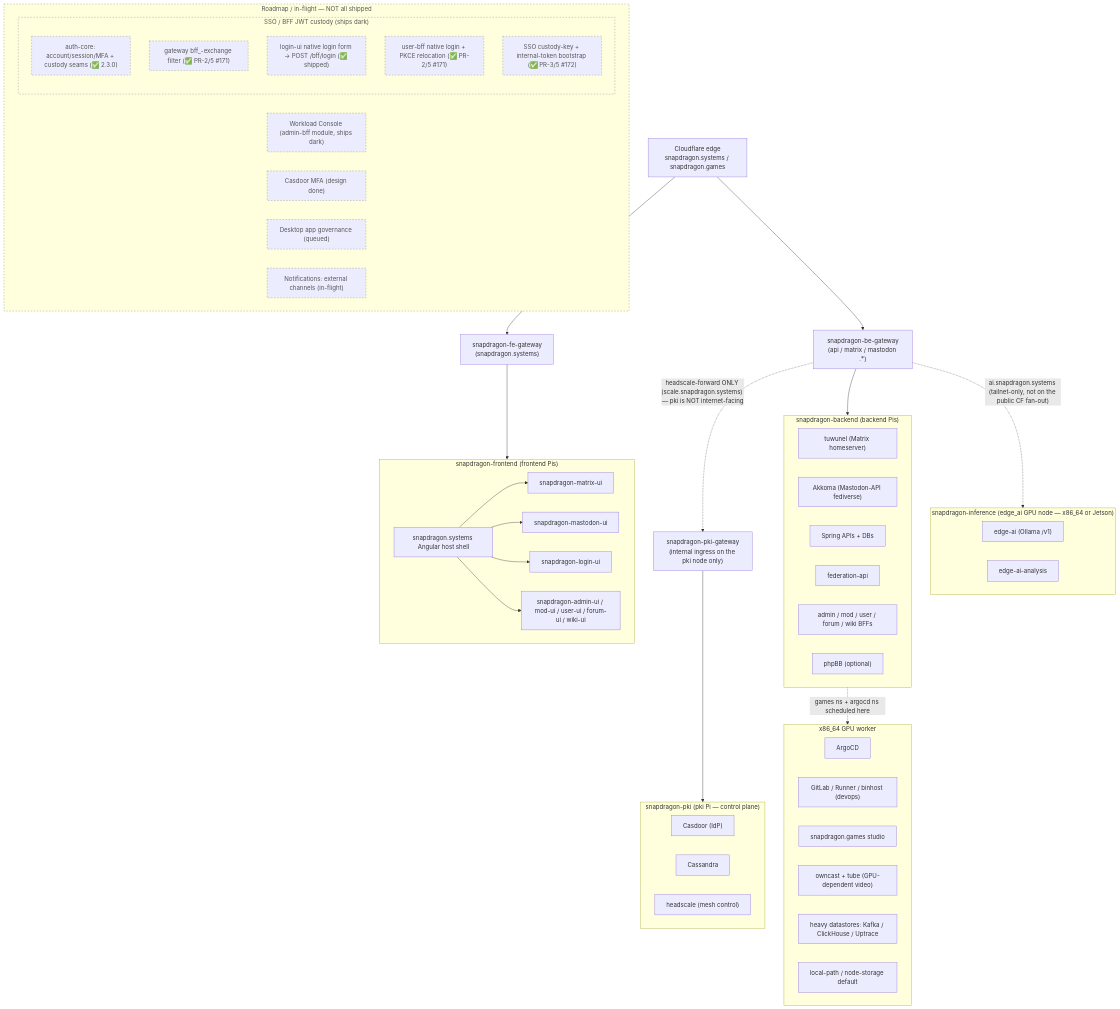
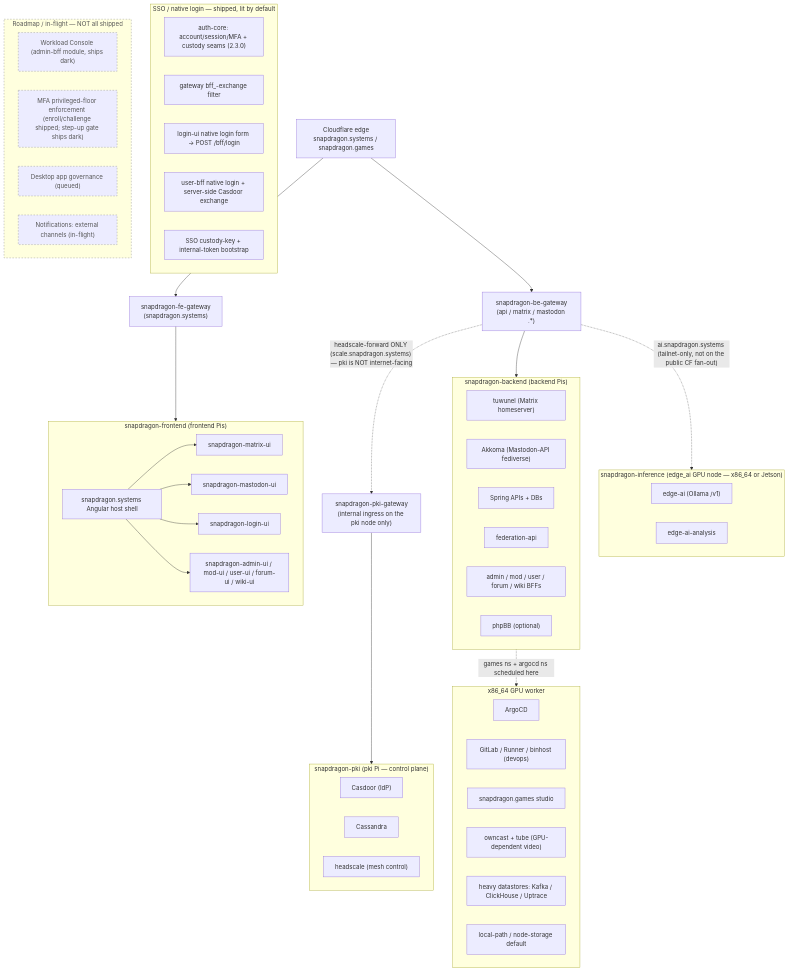
The first of 2 diagrams in docs/ARCHITECTURE.md (hugmesh/hugmesh-generator), drawn with Mermaid before and after one commit. The commit also changed other lines of this file and 9 other files, not shown here.

First line of the commit message:
docs: comprehensive refresh (README/status/diagrams/TODOs) + dead code cleanup (#369)

````diff
--- a/docs/ARCHITECTURE.md
+++ b/docs/ARCHITECTURE.md
@@ -25,67 +25,68 @@
 ```mermaid
 flowchart TD
     CF["Cloudflare edge<br/>snapdragon.systems / snapdragon.games"]
     CF --> FEGW["snapdragon-fe-gateway<br/>(snapdragon.systems)"]
     CF --> BEGW["snapdragon-be-gateway<br/>(api / matrix / mastodon .*)"]
 
     subgraph FE["snapdragon-frontend (frontend Pis)"]
         HOST["snapdragon.systems Angular host shell"]
         HOST --> MUI["snapdragon-matrix-ui"]
         HOST --> MASTUI["snapdragon-mastodon-ui"]
         HOST --> LOGINUI["snapdragon-login-ui"]
         HOST --> ADMINUI["snapdragon-admin-ui / mod-ui / user-ui / forum-ui / wiki-ui"]
     end
 
     subgraph BE["snapdragon-backend (backend Pis)"]
         TUW["tuwunel (Matrix homeserver)"]
         AKK["Akkoma (Mastodon-API fediverse)"]
         APIS["Spring APIs + DBs"]
         FEDAPI["federation-api"]
         BFFS["admin / mod / user / forum / wiki BFFs"]
         PHPBB["phpBB (optional)"]
     end
 
     subgraph PKI["snapdragon-pki (pki Pi — control plane)"]
         CAS["Casdoor (IdP)"]
         CASS["Cassandra"]
         HS["headscale (mesh control)"]
     end
 
     subgraph INFER["snapdragon-inference (edge_ai GPU node — x86_64 or Jetson)"]
         EDGEAI["edge-ai (Ollama /v1)"]
         EDGEAIAN["edge-ai-analysis"]
     end
 
     subgraph X86["x86_64 GPU worker"]
         ARGO["ArgoCD"]
         DEVOPS["GitLab / Runner / binhost (devops)"]
         GAMES["snapdragon.games studio"]
         VIDEO["owncast + tube (GPU-dependent video)"]
         HEAVY["heavy datastores: Kafka / ClickHouse / Uptrace"]
         STORE["local-path / node-storage default"]
     end
 
     FEGW --> FE
     BEGW --> BE
     BE -. "games ns + argocd ns scheduled here" .-> X86
     BEGW -. "ai.snapdragon.systems (tailnet-only, not on the public CF fan-out)" .-> INFER
     BEGW -. "headscale-forward ONLY (scale.snapdragon.systems) — pki is NOT internet-facing" .-> PKIGW["snapdragon-pki-gateway<br/>(internal ingress on the pki node only)"]
     PKIGW --> PKI
 
+    subgraph SSO["SSO / native login — shipped, lit by default"]
+        AUTHCORE["auth-core: account/session/MFA + custody seams (2.3.0)"]
+        GWEXCH["gateway bff_-exchange filter"]
+        LOGINOIDC["login-ui native login form -> POST /bff/login"]
+        UBRELOC["user-bff native login + server-side Casdoor exchange"]
+        CUSTKEY["SSO custody-key + internal-token bootstrap"]
+    end
+
     subgraph ROADMAP["Roadmap / in-flight — NOT all shipped"]
         WC["Workload Console (admin-bff module, ships dark)"]
-        MFA["Casdoor MFA (design done)"]
+        MFA["MFA privileged-floor enforcement (enroll/challenge shipped; step-up gate ships dark)"]
         DESKGOV["Desktop app governance (queued)"]
         NOTIFY["Notifications: external channels (in-flight)"]
-        subgraph SSO["SSO / BFF JWT custody (ships dark)"]
-            AUTHCORE["auth-core: account/session/MFA + custody seams (✅ 2.3.0)"]
-            GWEXCH["gateway bff_-exchange filter (✅ PR-2/5 #171)"]
-            LOGINOIDC["login-ui native login form -> POST /bff/login (✅ shipped)"]
-            UBRELOC["user-bff native login + PKCE relocation (✅ PR-2/5 #171)"]
-            CUSTKEY["SSO custody-key + internal-token bootstrap (✅ PR-3/5 #172)"]
-        end
     end
 
     classDef planned stroke-dasharray:4,stroke:#888,color:#555;
-    class ROADMAP,WC,MFA,DESKGOV,NOTIFY,SSO,AUTHCORE,GWEXCH,LOGINOIDC,UBRELOC,CUSTKEY planned;
+    class ROADMAP,WC,MFA,DESKGOV,NOTIFY planned;
 ```
````
